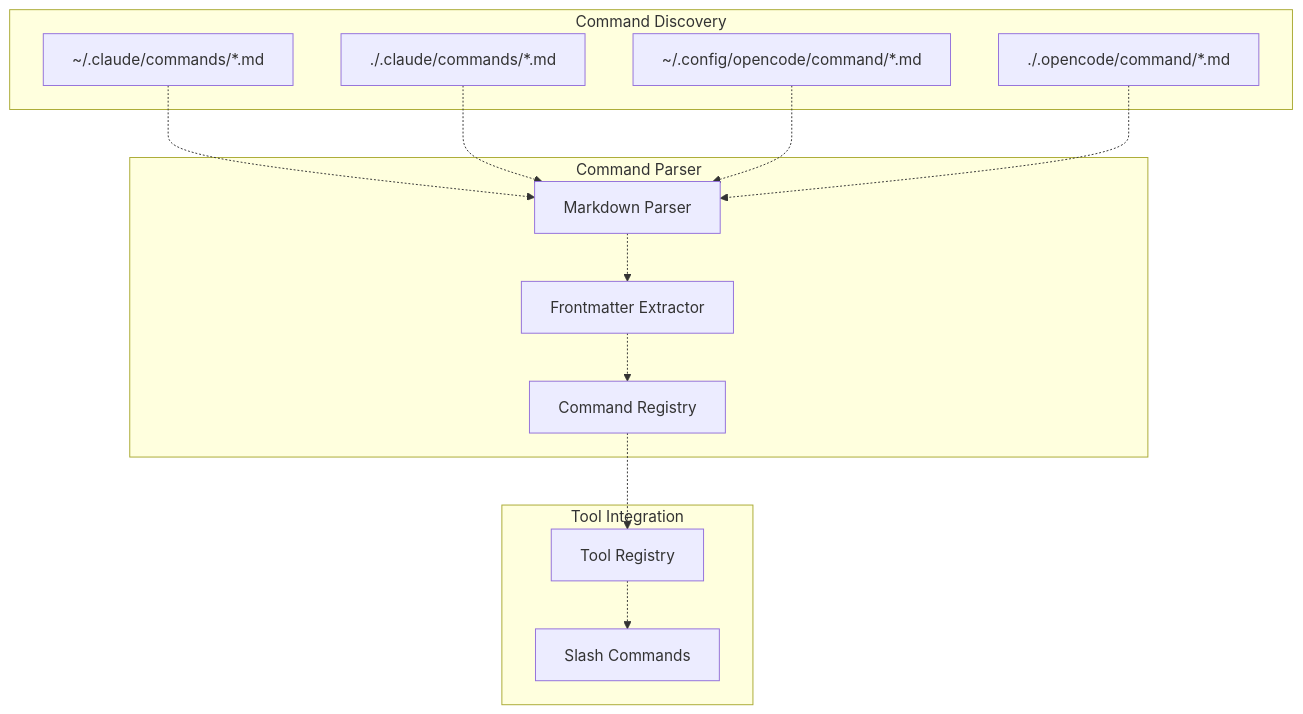
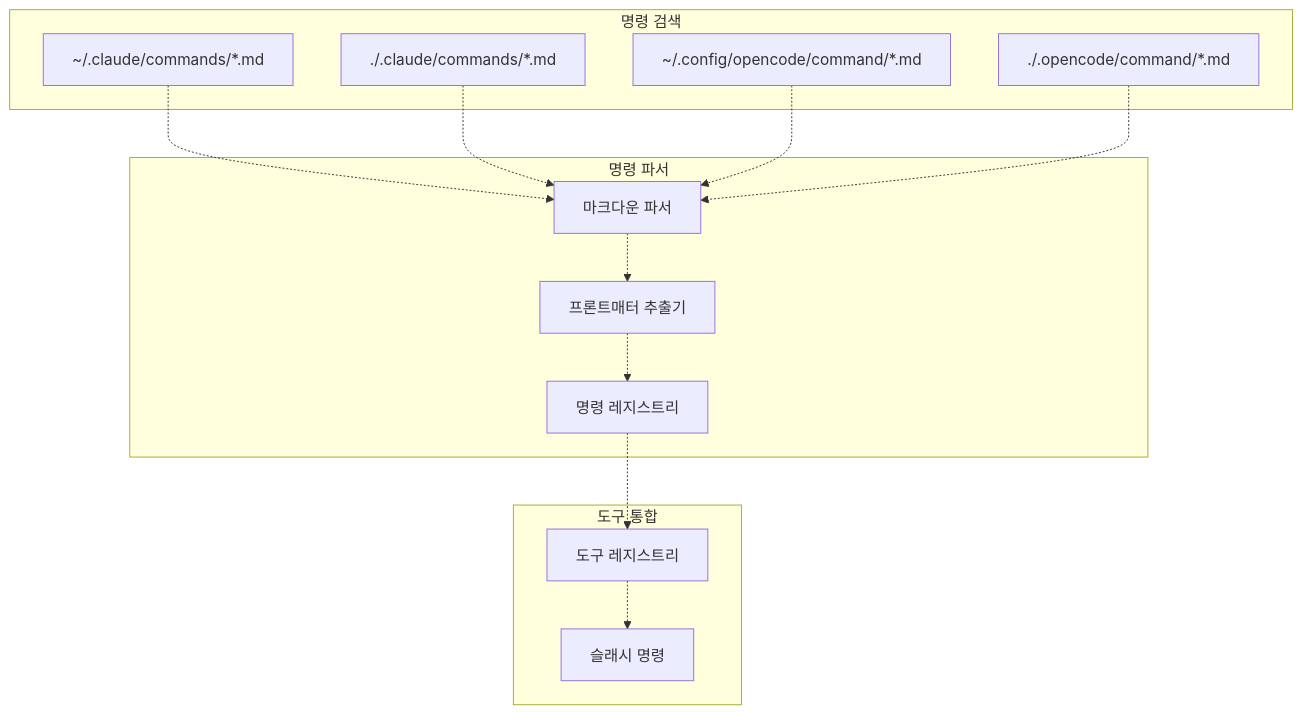
Before and after one commit to felipetruman/oh-my-opencode-docs: the third of 11 diagrams in docs/compatibility/claude-code-compatibility.md, drawn with Mermaid. The commit also changed other lines of this file and 76 other files, not shown here.

````diff
--- a/docs/compatibility/claude-code-compatibility.md
+++ b/docs/compatibility/claude-code-compatibility.md
@@ -203,40 +203,40 @@
 ```mermaid
 flowchart TD
 
 ClaudeUserCommands["~/.claude/commands/*.md"]
 ClaudeProjectCommands["./.claude/commands/*.md"]
 OpenCodeUserCommands["~/.config/opencode/command/*.md"]
 OpenCodeProjectCommands["./.opencode/command/*.md"]
-MarkdownParser["Markdown Parser"]
-FrontmatterExtractor["Frontmatter Extractor"]
-CommandRegistry["Command Registry"]
-ToolRegistry["Tool Registry"]
-SlashCommands["Slash Commands"]
+MarkdownParser["마크다운 파서"]
+FrontmatterExtractor["프론트매터 추출기"]
+CommandRegistry["명령 레지스트리"]
+ToolRegistry["도구 레지스트리"]
+SlashCommands["슬래시 명령"]
 
 ClaudeUserCommands -.-> MarkdownParser
 ClaudeProjectCommands -.-> MarkdownParser
 OpenCodeUserCommands -.-> MarkdownParser
 OpenCodeProjectCommands -.-> MarkdownParser
 CommandRegistry -.-> ToolRegistry
 
-subgraph subGraph2 ["Tool Integration"]
+subgraph subGraph2 ["도구 통합"]
     ToolRegistry
     SlashCommands
     ToolRegistry -.-> SlashCommands
 end
 
-subgraph subGraph1 ["Command Parser"]
+subgraph subGraph1 ["명령 파서"]
     MarkdownParser
     FrontmatterExtractor
     CommandRegistry
     MarkdownParser -.-> FrontmatterExtractor
     FrontmatterExtractor -.-> CommandRegistry
 end
 
-subgraph subGraph0 ["Command Discovery"]
+subgraph subGraph0 ["명령 검색"]
     ClaudeUserCommands
     ClaudeProjectCommands
     OpenCodeUserCommands
     OpenCodeProjectCommands
 end
 ```
````
